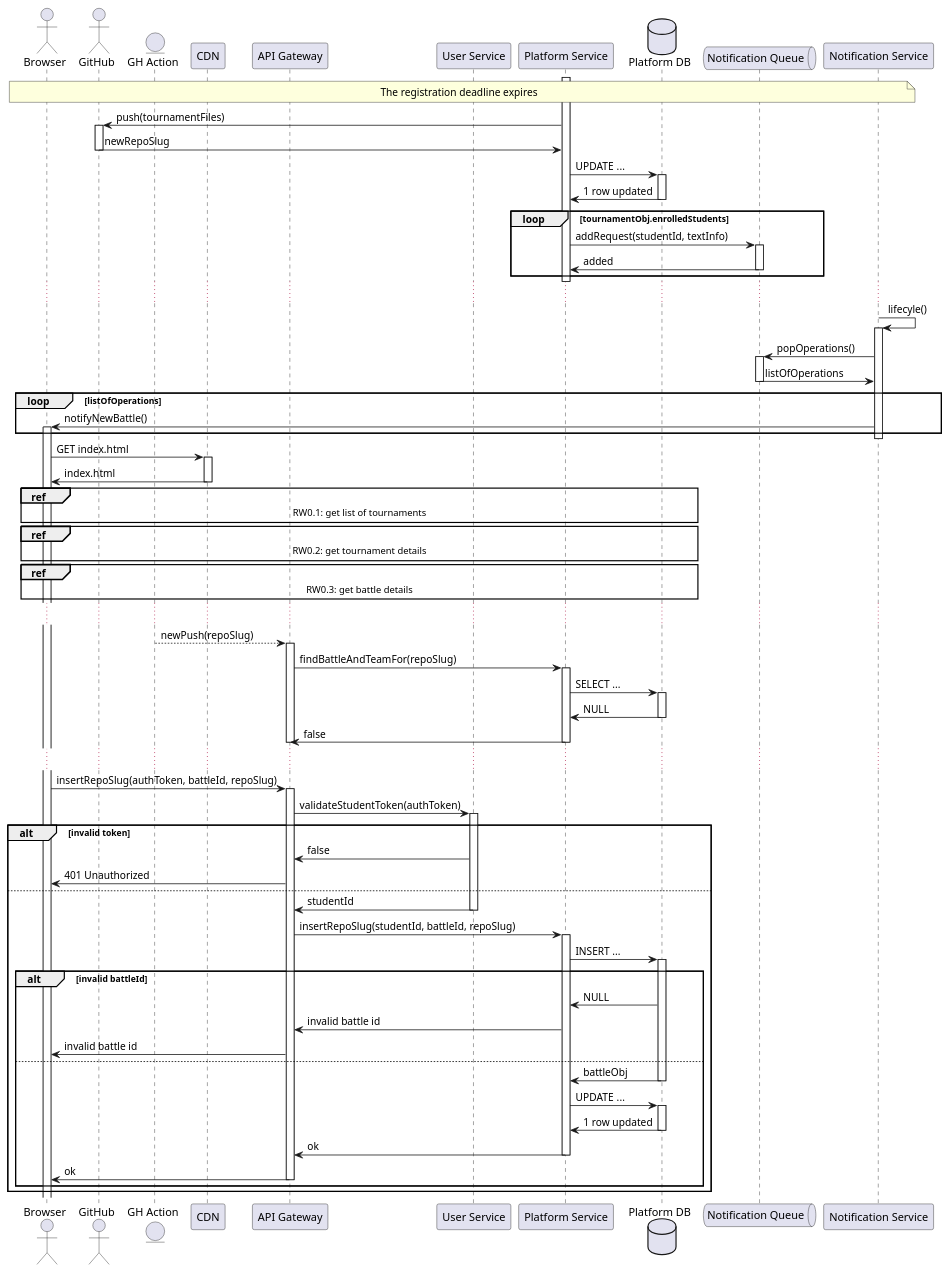
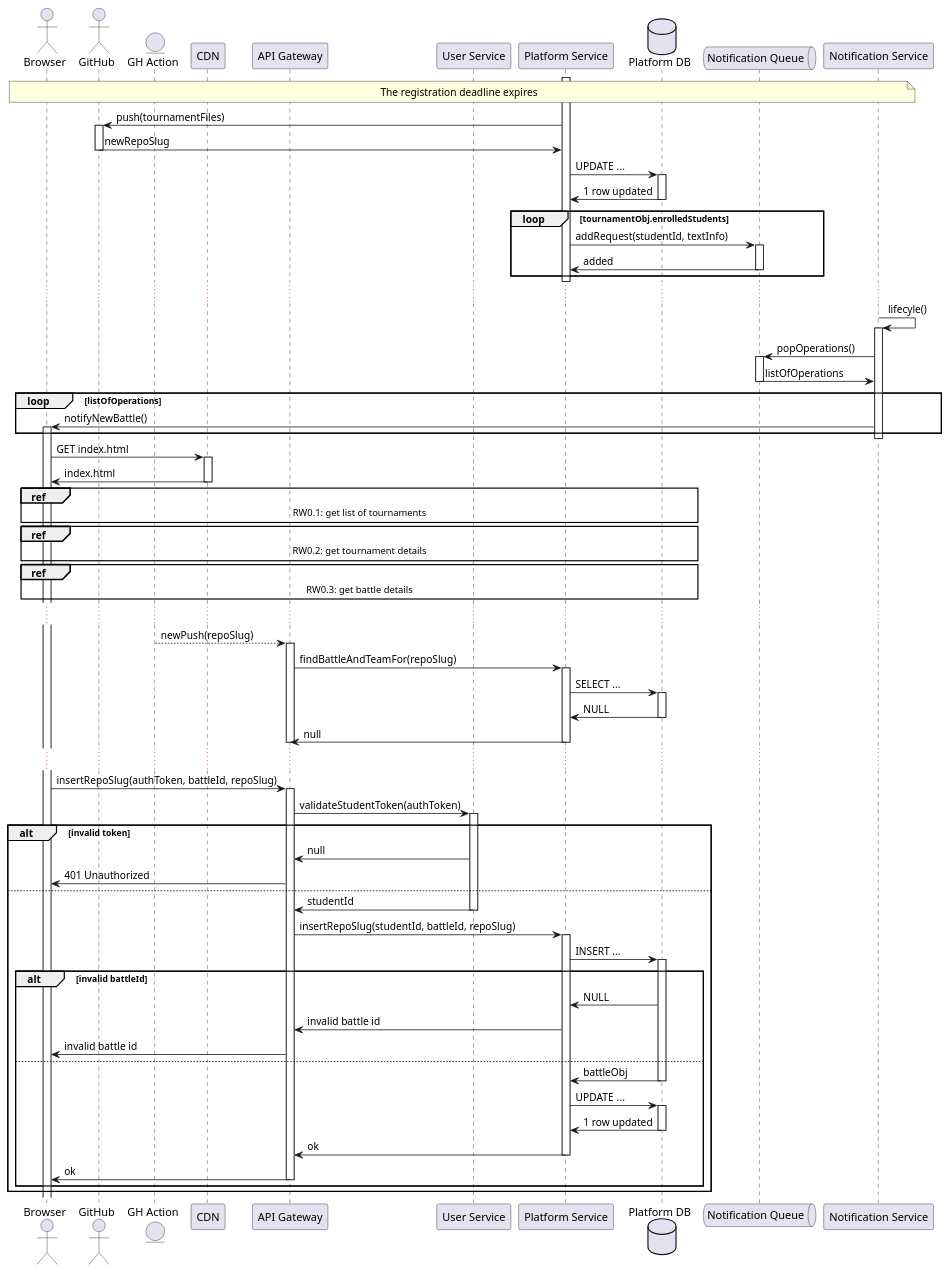
The diagram in dd/puml/rw6.puml (Furrrlo/CodeKataBattle), drawn with PlantUML before and after one commit. The commit also changed 13 other files, not shown here.

```diff
--- a/dd/puml/rw6.puml
+++ b/dd/puml/rw6.puml
@@ -1,86 +1,86 @@
 @startuml RW9 - Educator closes a tournament
 
 actor Browser
 actor "GitHub" as gh
 entity "GH Action" as gha
 participant CDN
 participant "API Gateway" as gateway
 participant "User Service" as auth
 
 participant "Platform Service" as platform
 database "Platform DB" as platformDb
 
 participant "Platform Service" as platform
 database "Platform DB" as platformDb
 
 queue  "Notification Queue" as notificationQueue
 participant "Notification Service" as notification
 
 note across: The registration deadline expires
 
 activate platform
 platform -> gh ++ : push(tournamentFiles)
 platform <- gh -- : newRepoSlug
 platform -> platformDb ++ : UPDATE ...
 platform <- platformDb -- : 1 row updated
 
 loop tournamentObj.enrolledStudents
     platform -> notificationQueue ++ : addRequest(studentId, textInfo)
     platform <- notificationQueue --: added
 end
 deactivate platform
 
 ...
 notification -> notification ++ : lifecyle()
 notification -> notificationQueue ++: popOperations()
 notification <- notificationQueue --:listOfOperations
 
 loop listOfOperations
     notification -> Browser ++: notifyNewBattle()
 end
 deactivate notification
 
 activate Browser
 Browser -> CDN ++ : GET index.html
 Browser <- CDN -- : index.html
 
 ref over Browser, gateway, auth, platform, platformDb: RW0.1: get list of tournaments
 ref over Browser, gateway, auth, platform, platformDb: RW0.2: get tournament details
 ref over Browser, gateway, auth, platform, platformDb: RW0.3: get battle details
 
 ...
 gha --> gateway ++ : newPush(repoSlug)
 gateway -> platform ++ : findBattleAndTeamFor(repoSlug)
 platform -> platformDb ++ : SELECT ...  
 platform <- platformDb -- : NULL
-gateway <- platform -- : false
+gateway <- platform -- : null
 deactivate gateway
 ...
 
 Browser -> gateway ++ : insertRepoSlug(authToken, battleId, repoSlug)
 gateway -> auth ++ : validateStudentToken(authToken)
 alt invalid token
-    gateway <- auth : false
+    gateway <- auth : null
     Browser <- gateway : 401 Unauthorized
 else
     gateway <- auth -- : studentId
     gateway -> platform ++ : insertRepoSlug(studentId, battleId, repoSlug)
 
     platform -> platformDb ++ : INSERT ...
 
     alt invalid battleId
         platform <- platformDb : NULL
         gateway <- platform : invalid battle id
         Browser <- gateway : invalid battle id
     else
         platform <- platformDb -- : battleObj
         platform -> platformDb ++ : UPDATE ...
         platform <- platformDb -- : 1 row updated
 
         gateway <- platform -- : ok
         Browser <- gateway -- : ok
     end
 end
 
 
 @enduml
```
